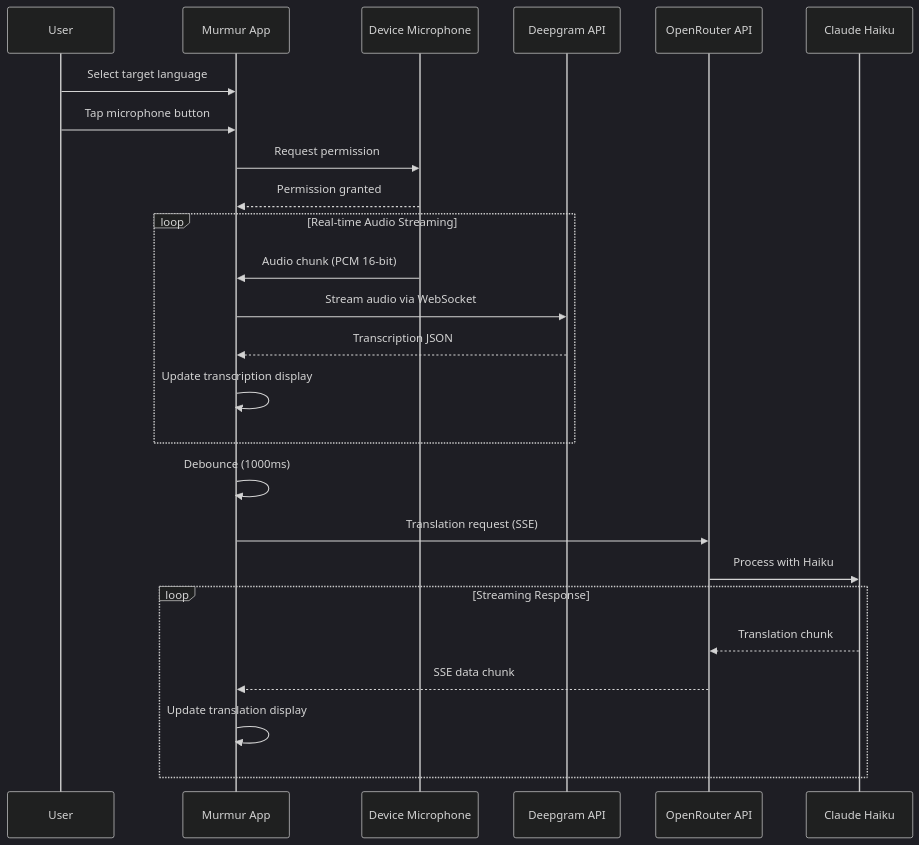
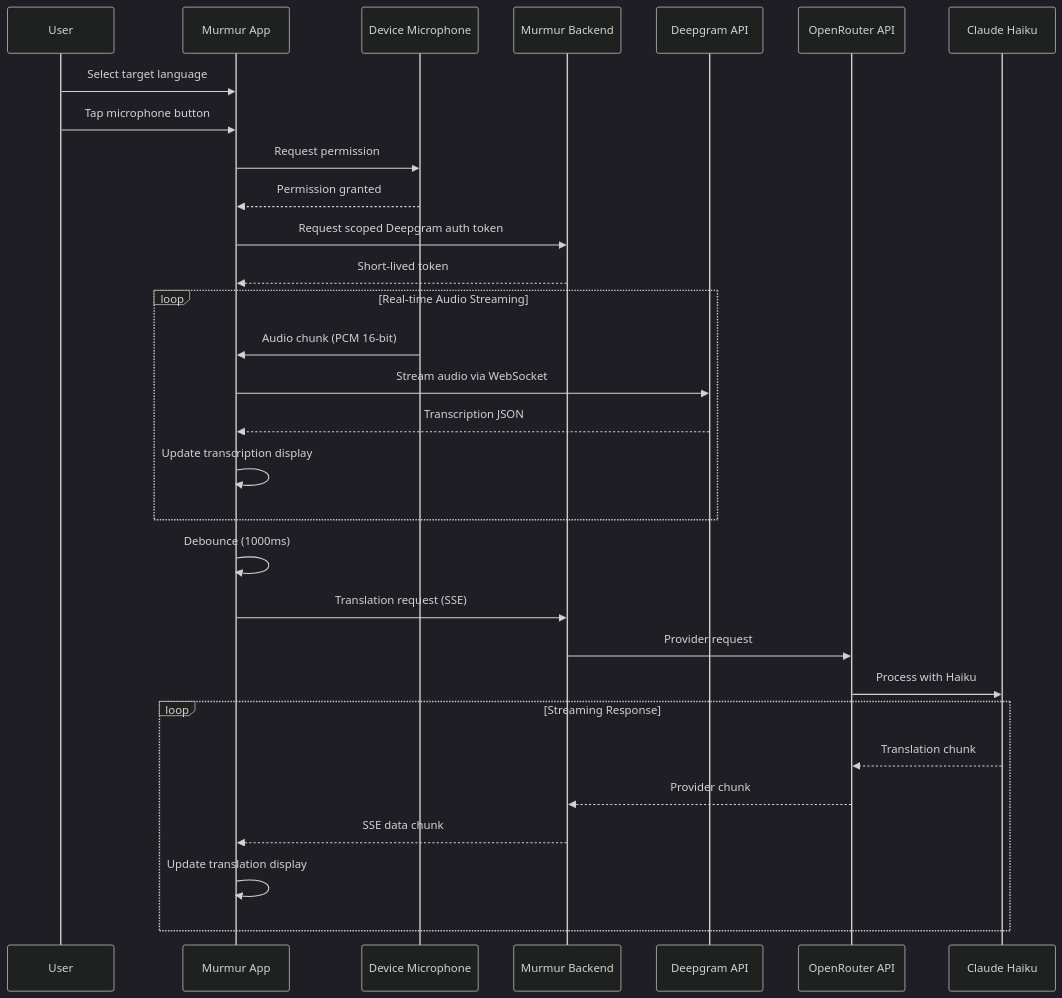
One commit to Q9Labs/murmur changed the second of 3 diagrams in docs/architecture-diagram.md. Above: the diagram before and after it, drawn with Mermaid (dark theme). The commit also changed other lines of this file and 15 other files, not shown here.

````diff
--- a/docs/architecture-diagram.md
+++ b/docs/architecture-diagram.md
@@ -61,31 +61,36 @@
 ```mermaid
 sequenceDiagram
     participant User
     participant App as Murmur App
     participant Mic as Device Microphone
+    participant API as Murmur Backend
     participant DG as Deepgram API
     participant OR as OpenRouter API
     participant Claude as Claude Haiku
 
     User->>App: Select target language
     User->>App: Tap microphone button
     App->>Mic: Request permission
     Mic-->>App: Permission granted
+    App->>API: Request scoped Deepgram auth token
+    API-->>App: Short-lived token
 
     loop Real-time Audio Streaming
         Mic->>App: Audio chunk (PCM 16-bit)
         App->>DG: Stream audio via WebSocket
         DG-->>App: Transcription JSON
         App->>App: Update transcription display
     end
 
     App->>App: Debounce (1000ms)
-    App->>OR: Translation request (SSE)
+    App->>API: Translation request (SSE)
+    API->>OR: Provider request
     OR->>Claude: Process with Haiku
 
     loop Streaming Response
         Claude-->>OR: Translation chunk
-        OR-->>App: SSE data chunk
+        OR-->>API: Provider chunk
+        API-->>App: SSE data chunk
         App->>App: Update translation display
     end
 ```
````
